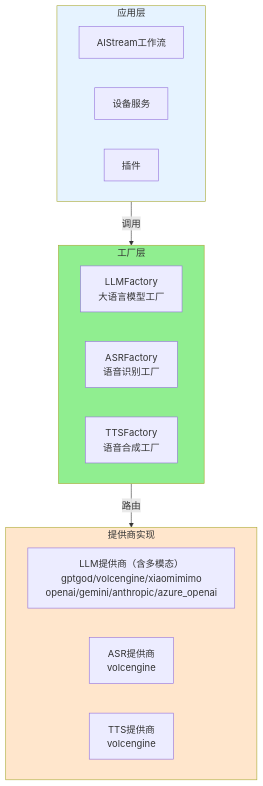
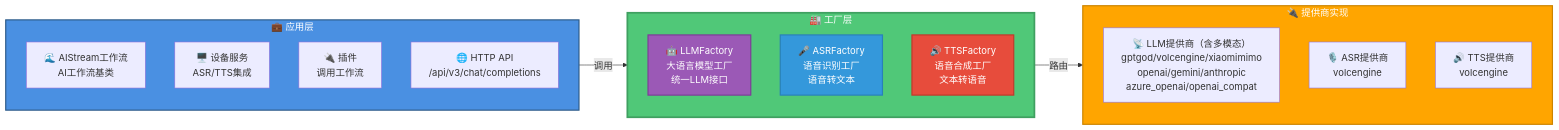
Before and after one commit to sunflowermm/XRK-AGT: the first of 2 diagrams in docs/factory.md, drawn with Mermaid. The commit also changed other lines of this file and 12 other files, not shown here.

````diff
--- a/docs/factory.md
+++ b/docs/factory.md
@@ -23,27 +23,34 @@
 ```mermaid
-flowchart TB
-    subgraph App["应用层"]
-        AIStream["AIStream工作流"]
-        Device["设备服务"]
-        Plugin["插件"]
+flowchart LR
+    subgraph App["💼 应用层"]
+        direction TB
+        AIStream["🌊 AIStream工作流<br/>AI工作流基类"]
+        Device["🖥️ 设备服务<br/>ASR/TTS集成"]
+        Plugin["🔌 插件<br/>调用工作流"]
+        HTTPAPI["🌐 HTTP API<br/>/api/v3/chat/completions"]
     end
     
-    subgraph Factory["工厂层"]
-        LLMFactory["LLMFactory<br/>大语言模型工厂"]
-        ASRFactory["ASRFactory<br/>语音识别工厂"]
-        TTSFactory["TTSFactory<br/>语音合成工厂"]
+    subgraph Factory["🏭 工厂层"]
+        direction TB
+        LLMFactory["🤖 LLMFactory<br/>大语言模型工厂<br/>统一LLM接口"]
+        ASRFactory["🎤 ASRFactory<br/>语音识别工厂<br/>语音转文本"]
+        TTSFactory["🔊 TTSFactory<br/>语音合成工厂<br/>文本转语音"]
     end
 
-    subgraph Providers["提供商实现"]
-        LLMProviders["LLM提供商（含多模态）<br/>gptgod/volcengine/xiaomimimo<br/>openai/gemini/anthropic/azure_openai"]
-        ASRProviders["ASR提供商<br/>volcengine"]
-        TTSProviders["TTS提供商<br/>volcengine"]
+    subgraph Providers["🔌 提供商实现"]
+        direction TB
+        LLMProviders["📡 LLM提供商（含多模态）<br/>gptgod/volcengine/xiaomimimo<br/>openai/gemini/anthropic<br/>azure_openai/openai_compat"]
+        ASRProviders["🎙️ ASR提供商<br/>volcengine"]
+        TTSProviders["🔊 TTS提供商<br/>volcengine"]
     end
     
-    App -->|调用| Factory
-    Factory -->|路由| Providers
+    App -->|"调用"| Factory
+    Factory -->|"路由"| Providers
     
-    style App fill:#E6F3FF
-    style Factory fill:#90EE90
-    style Providers fill:#FFE6CC
+    style App fill:#4A90E2,stroke:#2E5C8A,stroke-width:2px,color:#fff
+    style Factory fill:#50C878,stroke:#3FA060,stroke-width:3px,color:#fff
+    style Providers fill:#FFA500,stroke:#CC8400,stroke-width:2px,color:#fff
+    style LLMFactory fill:#9B59B6,stroke:#7D3C98,stroke-width:2px,color:#fff
+    style ASRFactory fill:#3498DB,stroke:#2980B9,stroke-width:2px,color:#fff
+    style TTSFactory fill:#E74C3C,stroke:#C0392B,stroke-width:2px,color:#fff
 ```
````
